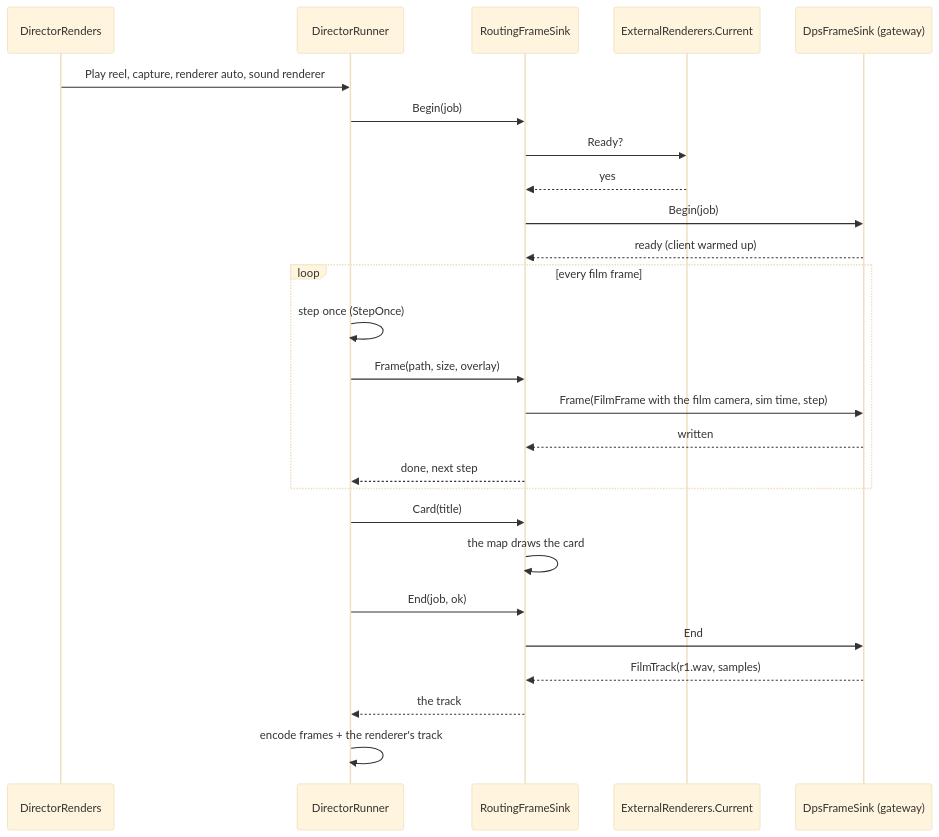
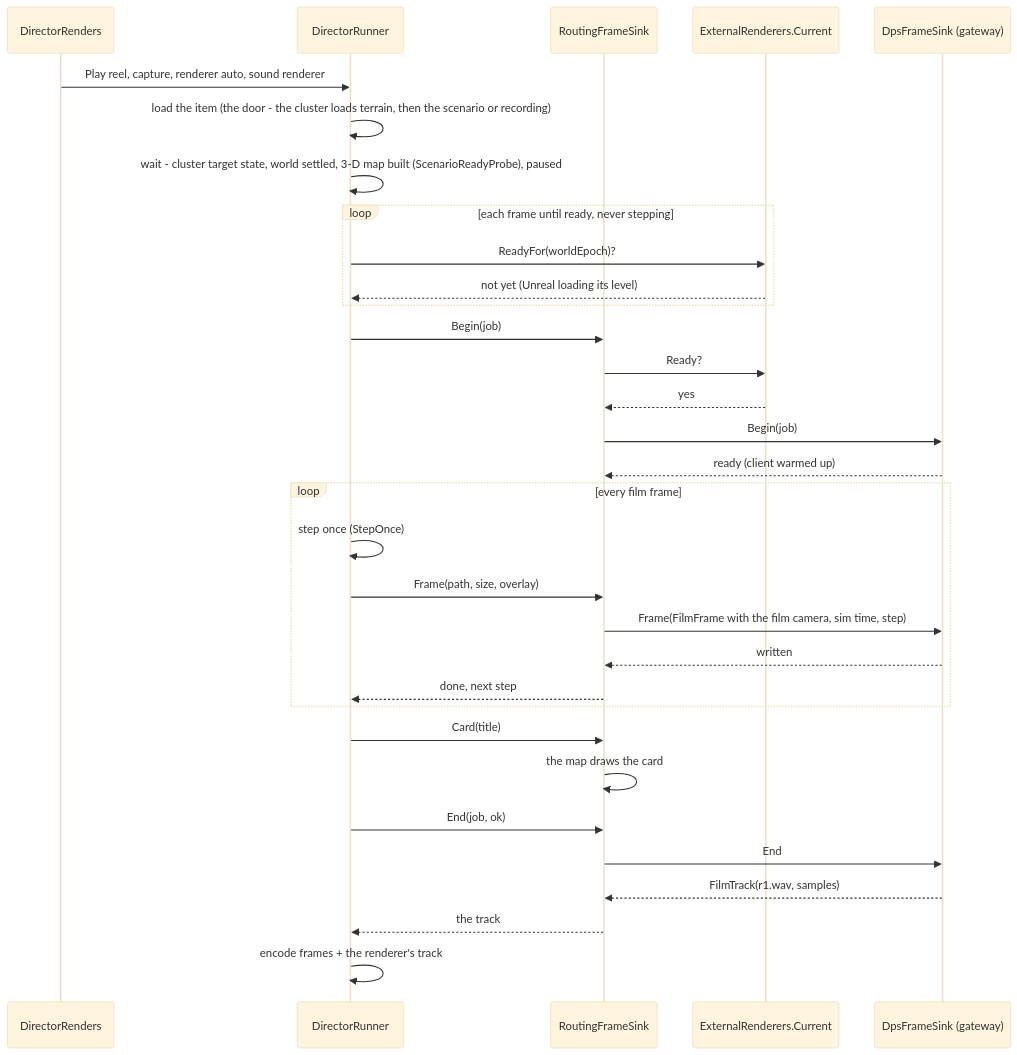
One commit to pjanec/HROT changed the third of 4 diagrams in docs/designs/IG/DESIGN_External_Renderer_Director.md. Above: the diagram before and after it, drawn with Mermaid (base theme). The commit also changed other lines of this file, not shown here.

First line of the commit message:
CE-11018: design 2e - on a load nothing blocks the cluster; the director's runner holds the paused run until the external renderer is ReadyFor(worldEpoch)

````diff
--- a/docs/designs/IG/DESIGN_External_Renderer_Director.md
+++ b/docs/designs/IG/DESIGN_External_Renderer_Director.md
@@ -132,28 +133,34 @@
 ```mermaid
 sequenceDiagram
   participant Q as DirectorRenders
   participant R as DirectorRunner
   participant S as RoutingFrameSink
   participant X as ExternalRenderers.Current
   participant G as DpsFrameSink (gateway)
   Q->>R: Play reel, capture, renderer auto, sound renderer
+  R->>R: load the item (the door - the cluster loads terrain, then the scenario or recording)
+  R->>R: wait - cluster target state, world settled, 3-D map built (ScenarioReadyProbe), paused
+  loop each frame until ready, never stepping
+    R->>X: ReadyFor(worldEpoch)?
+    X-->>R: not yet (Unreal loading its level)
+  end
   R->>S: Begin(job)
   S->>X: Ready?
   X-->>S: yes
   S->>G: Begin(job)
   G-->>S: ready (client warmed up)
   loop every film frame
     R->>R: step once (StepOnce)
     R->>S: Frame(path, size, overlay)
     S->>G: Frame(FilmFrame with the film camera, sim time, step)
     G-->>S: written
     S-->>R: done, next step
   end
   R->>S: Card(title)
   S->>S: the map draws the card
   R->>S: End(job, ok)
   S->>G: End
   G-->>S: FilmTrack(r1.wav, samples)
   S-->>R: the track
   R->>R: encode frames + the renderer's track
 ```
````
